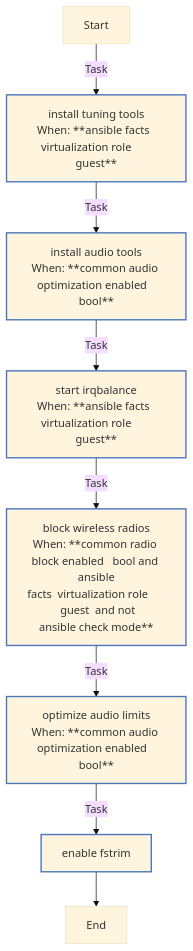
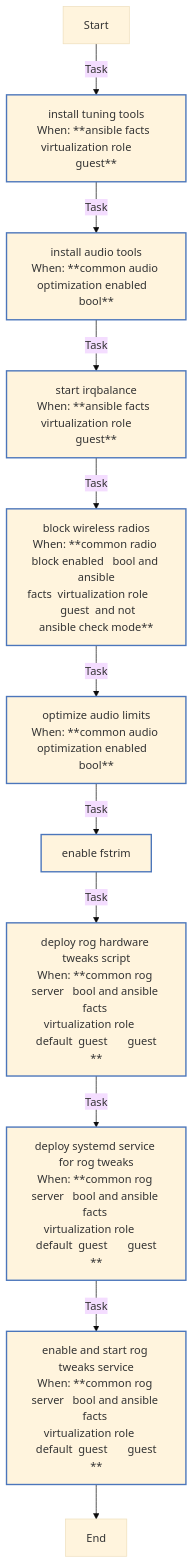
One commit to rou-cru/k3s-homelab changed the third of 7 diagrams in roles/common/README.md. Above: the diagram before and after it, drawn with Mermaid (base theme). The commit also changed other lines of this file and 26 other files, not shown here.

````diff
--- a/roles/common/README.md
+++ b/roles/common/README.md
@@ -575,20 +539,23 @@
 ```mermaid
 flowchart TD
 Start
 classDef block stroke:#3498db,stroke-width:2px;
 classDef task stroke:#4b76bb,stroke-width:2px;
 classDef includeTasks stroke:#16a085,stroke-width:2px;
 classDef importTasks stroke:#34495e,stroke-width:2px;
 classDef includeRole stroke:#2980b9,stroke-width:2px;
 classDef importRole stroke:#699ba7,stroke-width:2px;
 classDef includeVars stroke:#8e44ad,stroke-width:2px;
 classDef rescue stroke:#665352,stroke-width:2px;
 
   Start-->|Task| Install_tuning_tools0[install tuning tools<br>When: **ansible facts  virtualization role       guest**]:::task
   Install_tuning_tools0-->|Task| Install_audio_tools1[install audio tools<br>When: **common audio optimization enabled   bool**]:::task
   Install_audio_tools1-->|Task| Start_irqbalance2[start irqbalance<br>When: **ansible facts  virtualization role       guest**]:::task
   Start_irqbalance2-->|Task| Block_wireless_radios3[block wireless radios<br>When: **common radio block enabled   bool and ansible<br>facts  virtualization role       guest  and not<br>ansible check mode**]:::task
   Block_wireless_radios3-->|Task| Optimize_audio_limits4[optimize audio limits<br>When: **common audio optimization enabled   bool**]:::task
   Optimize_audio_limits4-->|Task| Enable_fstrim5[enable fstrim]:::task
-  Enable_fstrim5-->End
+  Enable_fstrim5-->|Task| Deploy_RoG_Hardware_Tweaks_Script6[deploy rog hardware tweaks script<br>When: **common rog server   bool and ansible facts <br>virtualization role     default  guest       guest<br>**]:::task
+  Deploy_RoG_Hardware_Tweaks_Script6-->|Task| Deploy_systemd_service_for_RoG_Tweaks7[deploy systemd service for rog tweaks<br>When: **common rog server   bool and ansible facts <br>virtualization role     default  guest       guest<br>**]:::task
+  Deploy_systemd_service_for_RoG_Tweaks7-->|Task| Enable_and_start_RoG_Tweaks_service8[enable and start rog tweaks service<br>When: **common rog server   bool and ansible facts <br>virtualization role     default  guest       guest<br>**]:::task
+  Enable_and_start_RoG_Tweaks_service8-->End
 ```
````
